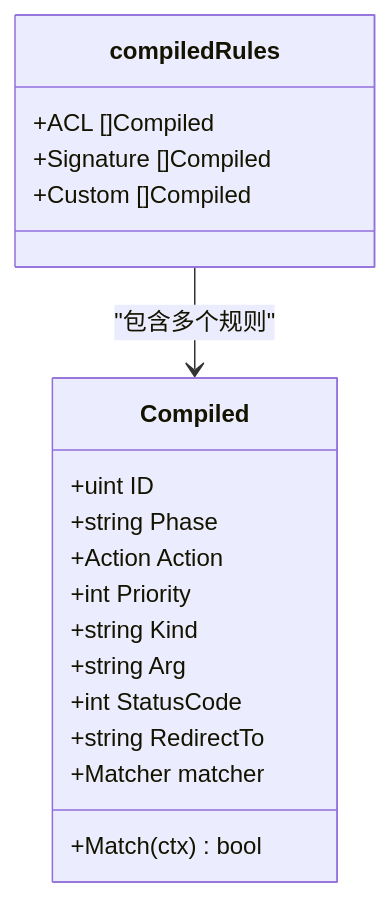
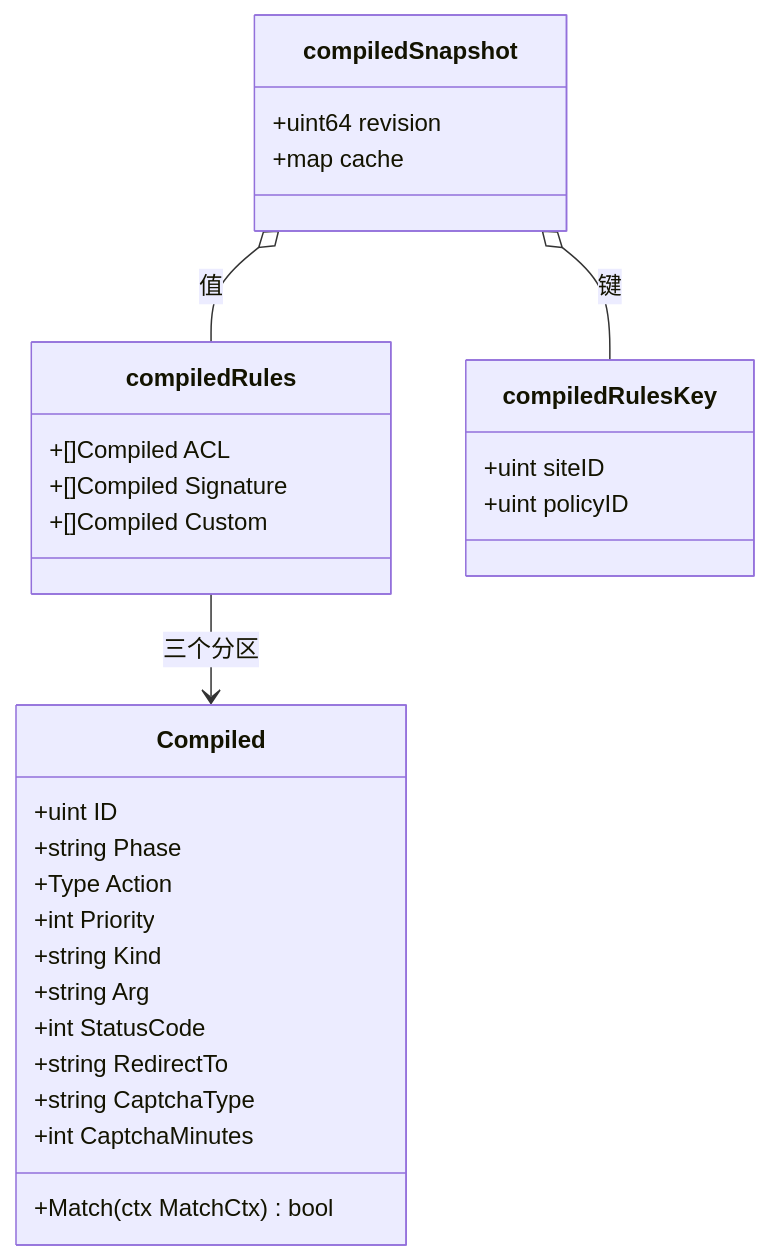
The third of 7 diagrams in docs/WAF 引擎系统/引擎核心架构/规则编译缓存.md (x01n/My-OpenWaf), drawn with Mermaid before and after one commit. The commit also changed other lines of this file and 622 other files, not shown here.

````diff
--- a/docs/WAF 引擎系统/引擎核心架构/规则编译缓存.md
+++ b/docs/WAF 引擎系统/引擎核心架构/规则编译缓存.md
@@ -80,21 +214,32 @@
 ```mermaid
 classDiagram
 class compiledRules {
-+ACL []Compiled
-+Signature []Compiled
-+Custom []Compiled
++[]Compiled ACL
++[]Compiled Signature
++[]Compiled Custom
 }
 class Compiled {
 +uint ID
 +string Phase
-+Action Action
++Type Action
 +int Priority
 +string Kind
 +string Arg
 +int StatusCode
 +string RedirectTo
-+Matcher matcher
-+Match(ctx) bool
++string CaptchaType
++int CaptchaMinutes
++Match(ctx MatchCtx) bool
 }
-compiledRules --> Compiled : "包含多个规则"
+class compiledSnapshot {
++uint64 revision
++map cache
+}
+class compiledRulesKey {
++uint siteID
++uint policyID
+}
+compiledSnapshot o-- compiledRulesKey : 键
+compiledSnapshot o-- compiledRules : 值
+compiledRules --> Compiled : 三个分区
 ```
````
